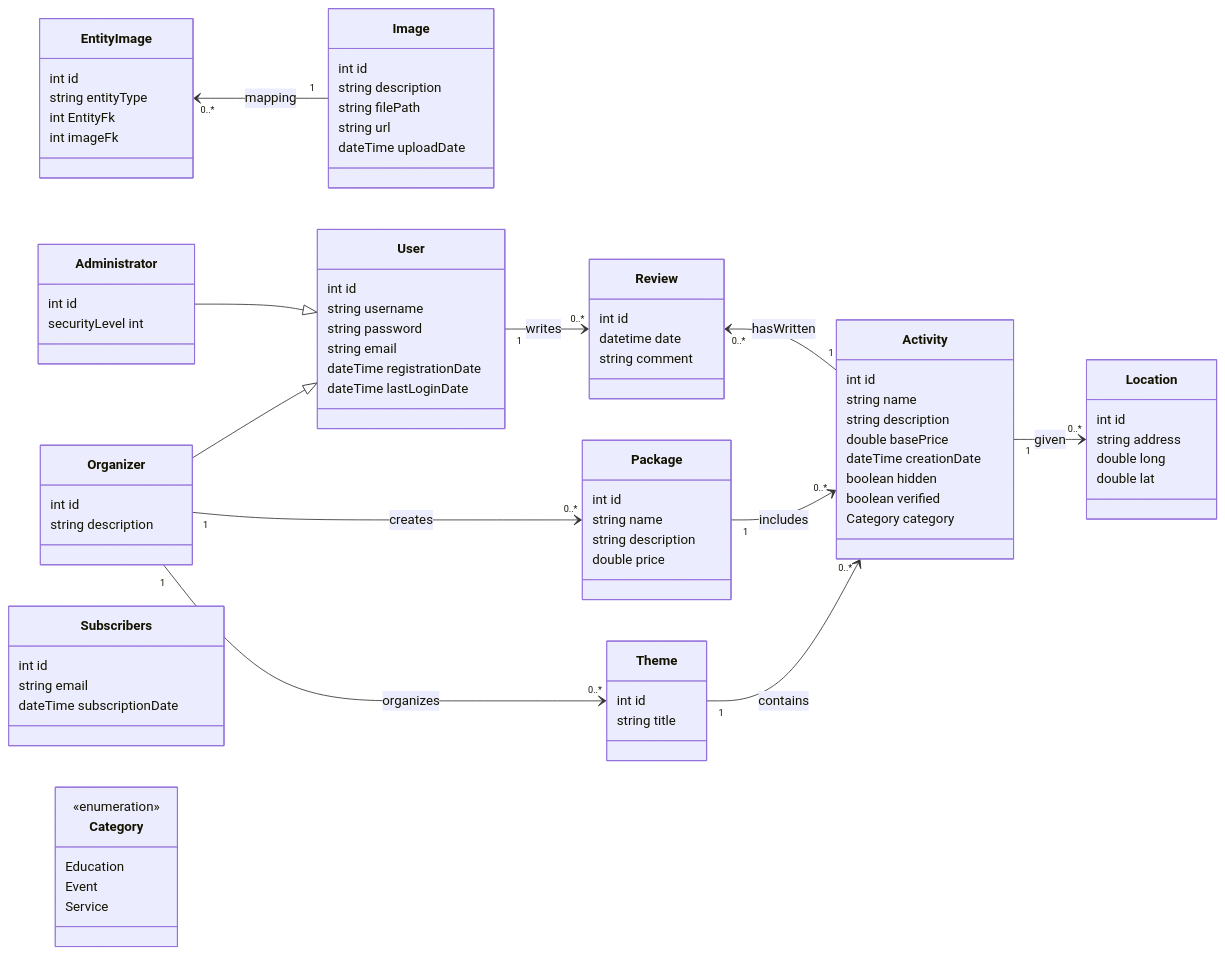
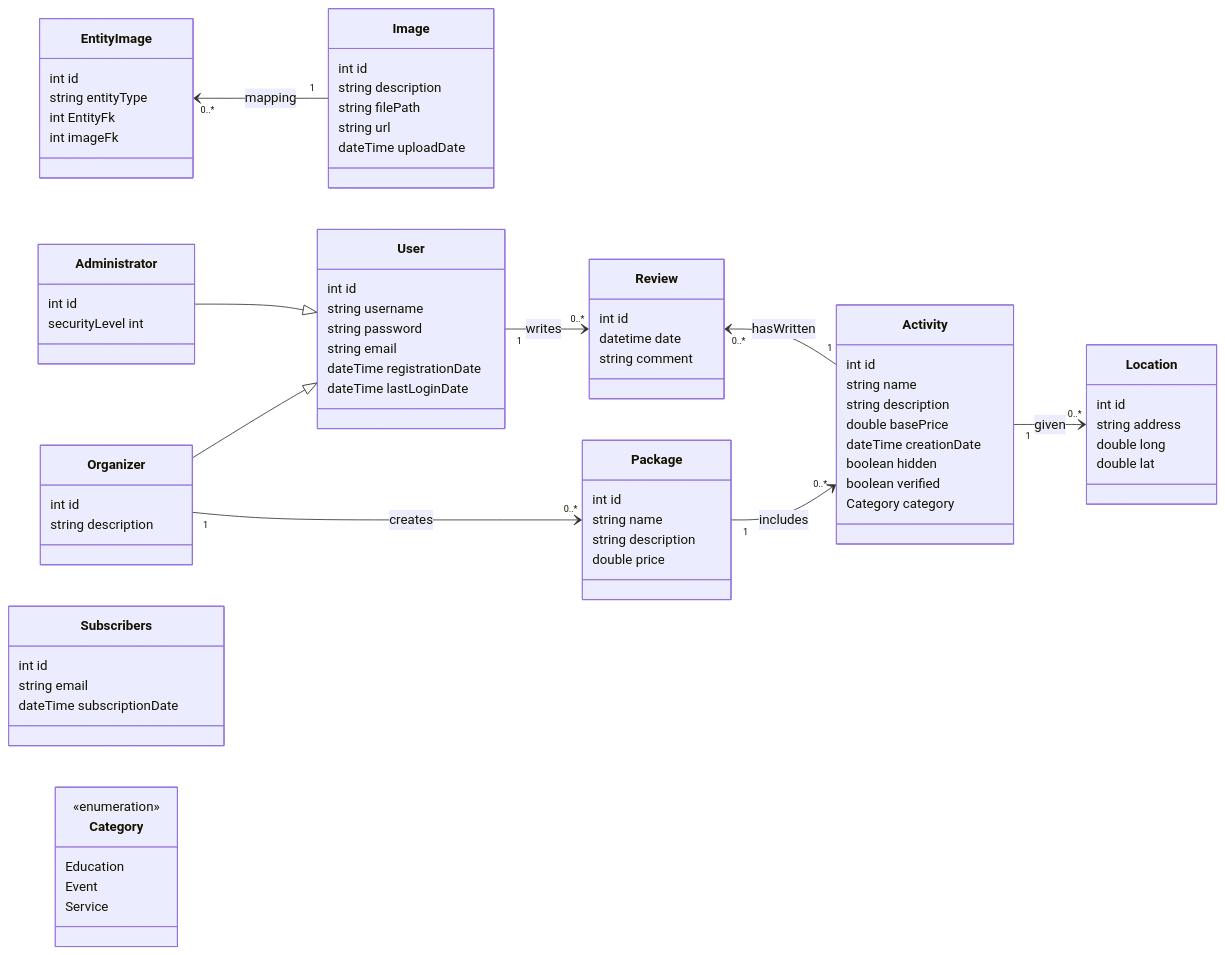
Before and after one commit to Elijuszek/Edukaciju-Pilis: the diagram in README.md, drawn with Mermaid.

```diff
--- a/README.md
+++ b/README.md
@@ -85,9 +85,7 @@
 Review "0..*" <-- "1" Activity : hasWritten
 
 Organizer "1" --> "0..*" Package : creates
-Organizer "1" --> "0..*" Theme : organizes
 Package "1" --> "0..*" Activity : includes
-Theme "1" --> "0..*" Activity : contains
 
 Administrator --|> User
 Organizer --|> User
@@ -112,11 +110,6 @@
     string name
     string description
     double price
-}
-
-class Theme{
-    int id
-    string title
 }
 
 class Organizer{
```
